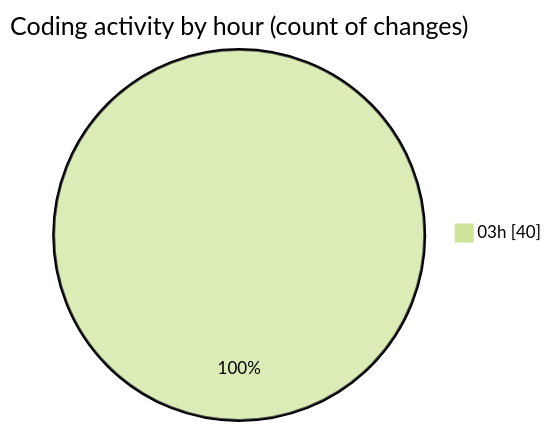
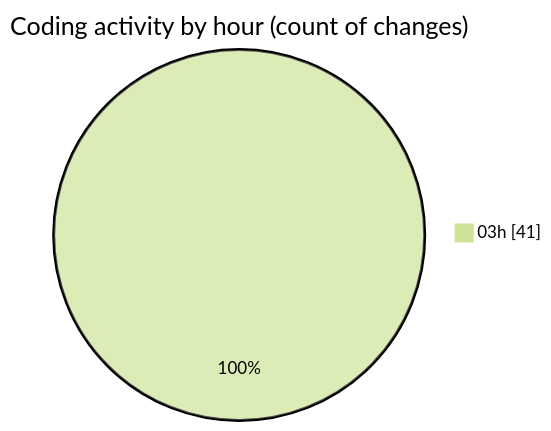
One commit to Ritupan-Deka/code-tracking changed the second of 2 diagrams in 2025-07-02/mern-thinkboard/README.md. Above: the diagram before and after it, drawn with Mermaid (forest theme). The commit also changed other lines of this file and 1 other file, not shown here.

````diff
--- a/2025-07-02/mern-thinkboard/README.md
+++ b/2025-07-02/mern-thinkboard/README.md
@@ -30,5 +30,5 @@
 ```mermaid
 pie showData
 title Coding activity by hour (count of changes)
-"03h" : 40
+"03h" : 41
 ```
````
